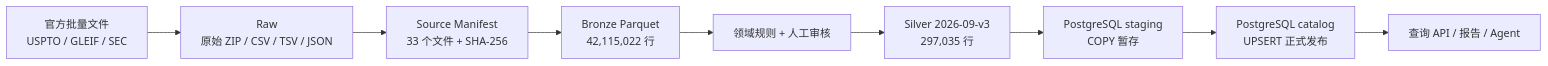
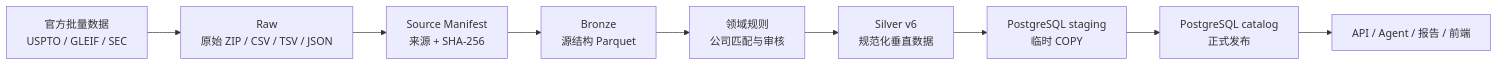
One commit to BINGWU2003/tech-scout changed the first of 2 diagrams in docs/database-and-data-status.md. Above: the diagram before and after it, drawn with Mermaid. The commit also changed other lines of this file and 32 other files, not shown here.

````diff
--- a/docs/database-and-data-status.md
+++ b/docs/database-and-data-status.md
@@ -42,11 +50,11 @@
 ```mermaid
 flowchart LR
-    A["官方批量文件<br/>USPTO / GLEIF / SEC"] --> B["Raw<br/>原始 ZIP / CSV / TSV / JSON"]
-    B --> C["Source Manifest<br/>33 个文件 + SHA-256"]
-    C --> D["Bronze Parquet<br/>42,115,022 行"]
-    D --> E[领域规则 + 人工审核]
-    E --> F["Silver 2026-09-v3<br/>297,035 行"]
-    F --> G["PostgreSQL staging<br/>COPY 暂存"]
-    G --> H["PostgreSQL catalog<br/>UPSERT 正式发布"]
-    H --> I[查询 API / 报告 / Agent]
+    A[官方批量数据<br/>USPTO / GLEIF / SEC] --> B[Raw<br/>原始 ZIP / CSV / TSV / JSON]
+    B --> C[Source Manifest<br/>来源 + SHA-256]
+    C --> D[Bronze<br/>源结构 Parquet]
+    D --> E[领域规则<br/>公司匹配与审核]
+    E --> F[Silver v6<br/>规范化垂直数据]
+    F --> G[PostgreSQL staging<br/>临时 COPY]
+    G --> H[PostgreSQL catalog<br/>正式发布]
+    H --> I[API / Agent / 报告 / 前端]
 ```
````
